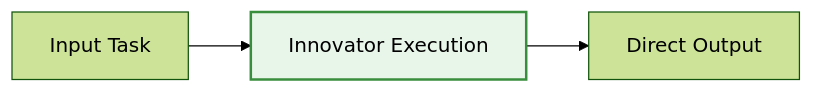
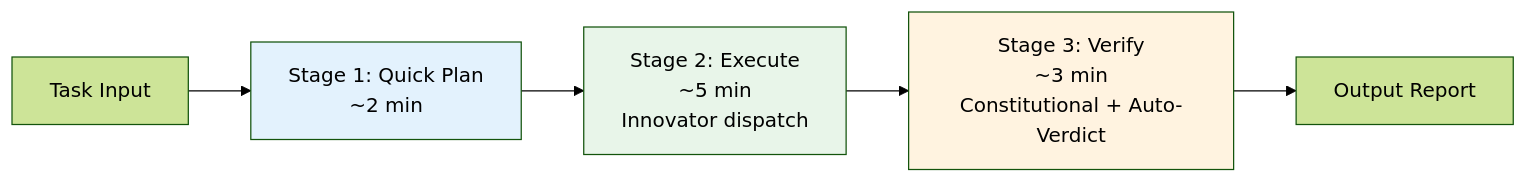
Before and after one commit to MohamedNamper333/swarm-agent: the second of 2 diagrams in SWARM-TEST-001-EASY.md, drawn with Mermaid (forest theme). The commit also changed other lines of this file and 16 other files, not shown here.

````diff
--- a/SWARM-TEST-001-EASY.md
+++ b/SWARM-TEST-001-EASY.md
@@ -62,7 +79,11 @@
 ```mermaid
 flowchart LR
-    A[Input Task] --> B[Innovator Execution]
-    B --> C[Direct Output]
+    A[Task Input] --> B[Stage 1: Quick Plan<br/>~2 min]
+    B --> C[Stage 2: Execute<br/>~5 min<br/>Innovator dispatch]
+    C --> D[Stage 3: Verify<br/>~3 min<br/>Constitutional + Auto-Verdict]
+    D --> E[Output Report]
     
-    style B fill:#e8f5e9,stroke:#388e3c,stroke-width:2px
+    style B fill:#e3f2fd
+    style C fill:#e8f5e9
+    style D fill:#fff3e0
 ```
````
